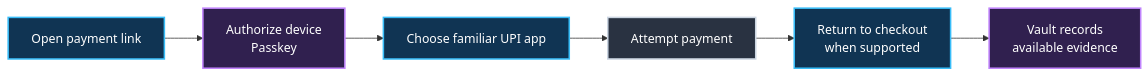
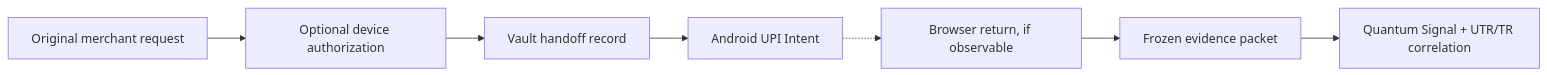
The diagram in docs/wiki/DISHA-Vault.md (Tashima-Tarsh/Zero-Trust-Fintech), drawn with Mermaid before and after one commit. The commit also changed other lines of this file and 9 other files, not shown here.

Commit message:
docs: replace outdated wiki flows with merged Vault and Quantum debit-evidence design

````diff
--- a/docs/wiki/DISHA-Vault.md
+++ b/docs/wiki/DISHA-Vault.md
@@ -11,11 +7,9 @@
-~~~mermaid
+```mermaid
 flowchart LR
- A["Open payment link"]:::blue --> B["Authorize device<br/>Passkey"]:::purple
- B --> C["Choose familiar UPI app"]:::blue
- C --> D["Attempt payment"]:::gray
- D --> E["Return to checkout<br/>when supported"]:::blue
- E --> F["Vault records<br/>available evidence"]:::purple
- classDef blue fill:#103453,stroke:#38BDF8,color:#FFF,stroke-width:2px;
- classDef purple fill:#30204F,stroke:#C084FC,color:#FFF,stroke-width:2px;
- classDef gray fill:#293241,stroke:#CBD5E1,color:#FFF,stroke-width:2px;
-~~~
+ A["Original merchant request"] --> B["Optional device authorization"]
+ B --> C["Vault handoff record"]
+ C --> D["Android UPI Intent"]
+ D -.-> E["Browser return, if observable"]
+ E --> F["Frozen evidence packet"]
+ F --> G["Quantum Signal + UTR/TR correlation"]
+```
````
